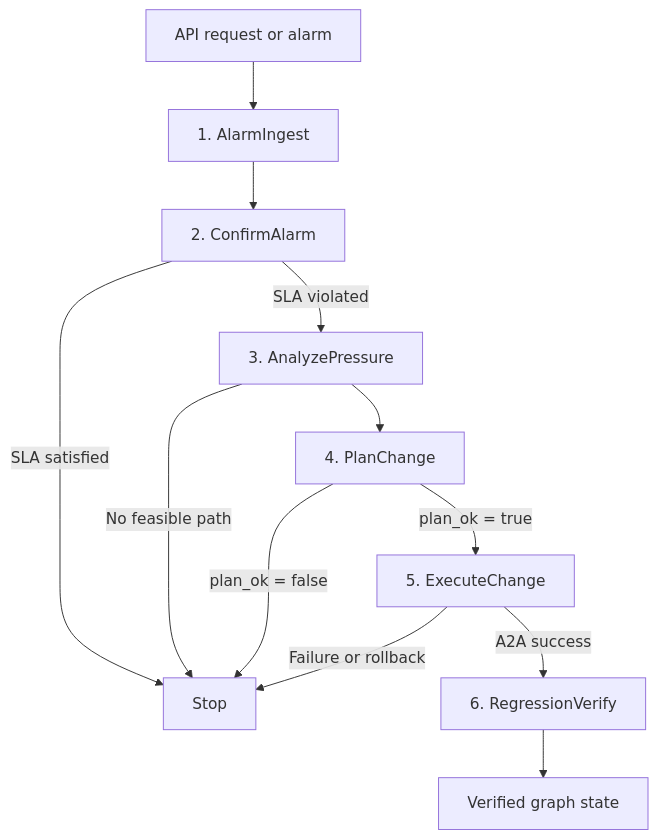
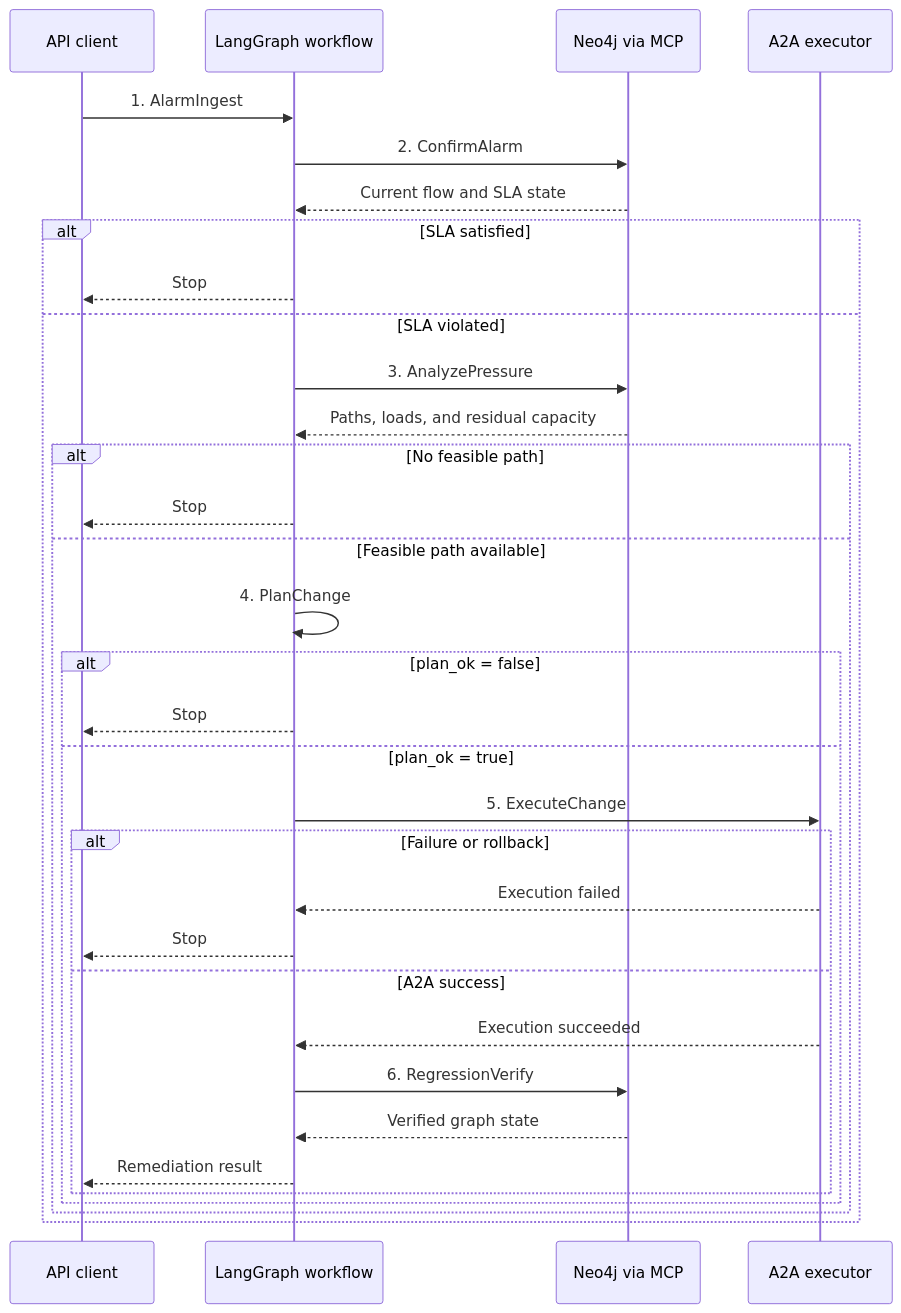
Before and after one commit to HTauX/llm-agent-qos-orchestrator: the second of 2 diagrams in README.md, drawn with Mermaid.

Commit message:
Redesign closed-loop workflow diagram

````diff
--- a/README.md
+++ b/README.md
@@ -52,14 +52,40 @@
 ```mermaid
-flowchart TD
-    Start["API request or alarm"] --> A1["1. AlarmIngest"]
-    A1 --> A2["2. ConfirmAlarm"]
-    A2 -->|SLA satisfied| Stop["Stop"]
-    A2 -->|SLA violated| A3["3. AnalyzePressure"]
-    A3 -->|No feasible path| Stop
-    A3 --> A4["4. PlanChange"]
-    A4 -->|plan_ok = false| Stop
-    A4 -->|plan_ok = true| A5["5. ExecuteChange"]
-    A5 -->|Failure or rollback| Stop
-    A5 -->|A2A success| A6["6. RegressionVerify"]
-    A6 --> Result["Verified graph state"]
+sequenceDiagram
+    participant Client as API client
+    participant Workflow as LangGraph workflow
+    participant Neo4j as Neo4j via MCP
+    participant Executor as A2A executor
+
+    Client->>Workflow: 1. AlarmIngest
+    Workflow->>Neo4j: 2. ConfirmAlarm
+    Neo4j-->>Workflow: Current flow and SLA state
+
+    alt SLA satisfied
+        Workflow-->>Client: Stop
+    else SLA violated
+        Workflow->>Neo4j: 3. AnalyzePressure
+        Neo4j-->>Workflow: Paths, loads, and residual capacity
+
+        alt No feasible path
+            Workflow-->>Client: Stop
+        else Feasible path available
+            Workflow->>Workflow: 4. PlanChange
+
+            alt plan_ok = false
+                Workflow-->>Client: Stop
+            else plan_ok = true
+                Workflow->>Executor: 5. ExecuteChange
+
+                alt Failure or rollback
+                    Executor-->>Workflow: Execution failed
+                    Workflow-->>Client: Stop
+                else A2A success
+                    Executor-->>Workflow: Execution succeeded
+                    Workflow->>Neo4j: 6. RegressionVerify
+                    Neo4j-->>Workflow: Verified graph state
+                    Workflow-->>Client: Remediation result
+                end
+            end
+        end
+    end
 ```
````
